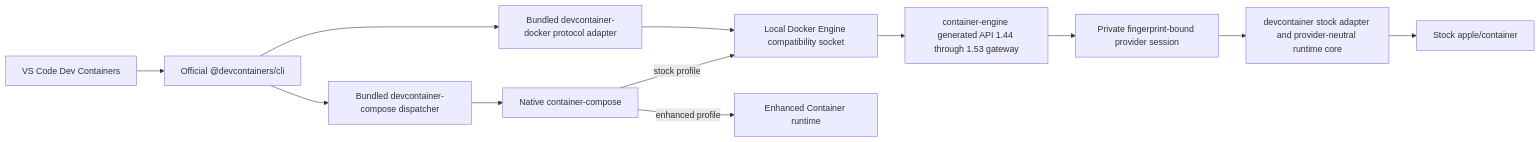
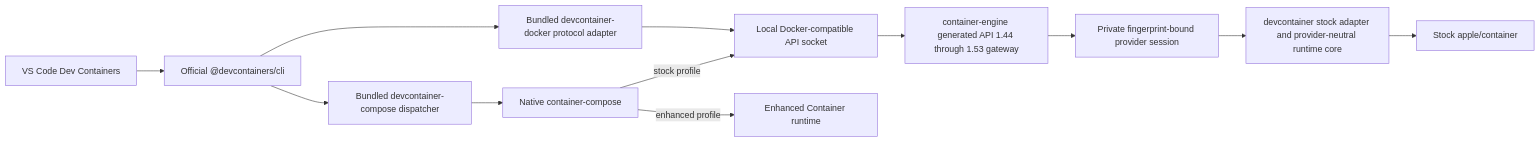
Before and after one commit to stephenlclarke/devcontainer: the diagram in README.md, drawn with Mermaid. The commit also changed other lines of this file and 2 other files, not shown here.

Commit message:
docs: clarify Dockerless compatibility boundary

````diff
--- a/README.md
+++ b/README.md
@@ -78,14 +78,14 @@
 ```mermaid
 flowchart LR
     VS["VS Code Dev Containers"] --> DC["Official @devcontainers/cli"]
     DC --> Adapter["Bundled devcontainer-docker protocol adapter"]
-    Adapter --> API["Local Docker Engine compatibility socket"]
+    Adapter --> API["Local Docker-compatible API socket"]
     API --> Shared["container-engine generated API 1.44 through 1.53 gateway"]
     Shared --> Session["Private fingerprint-bound provider session"]
     Session --> Core["devcontainer stock adapter and provider-neutral runtime core"]
     Core --> Stock["Stock apple/container"]
     DC --> ContainerCompose["Bundled devcontainer-compose dispatcher"]
     ContainerCompose --> NativeCompose["Native container-compose"]
     NativeCompose -->|stock profile| API
     NativeCompose -->|enhanced profile| Enhanced["Enhanced Container runtime"]
 ```
````
